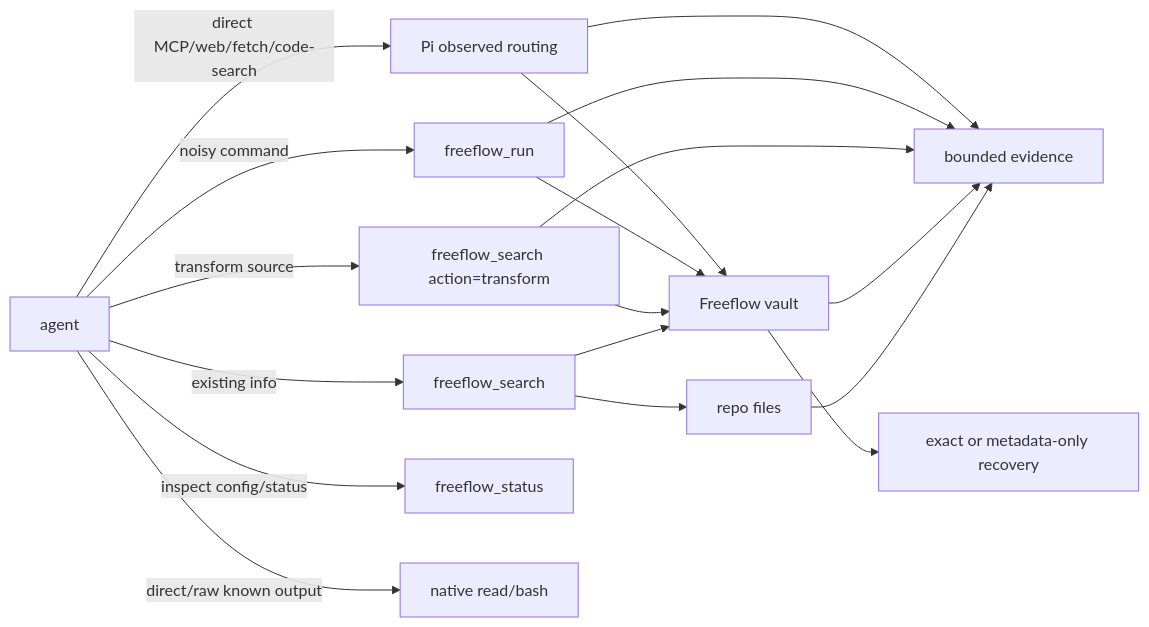
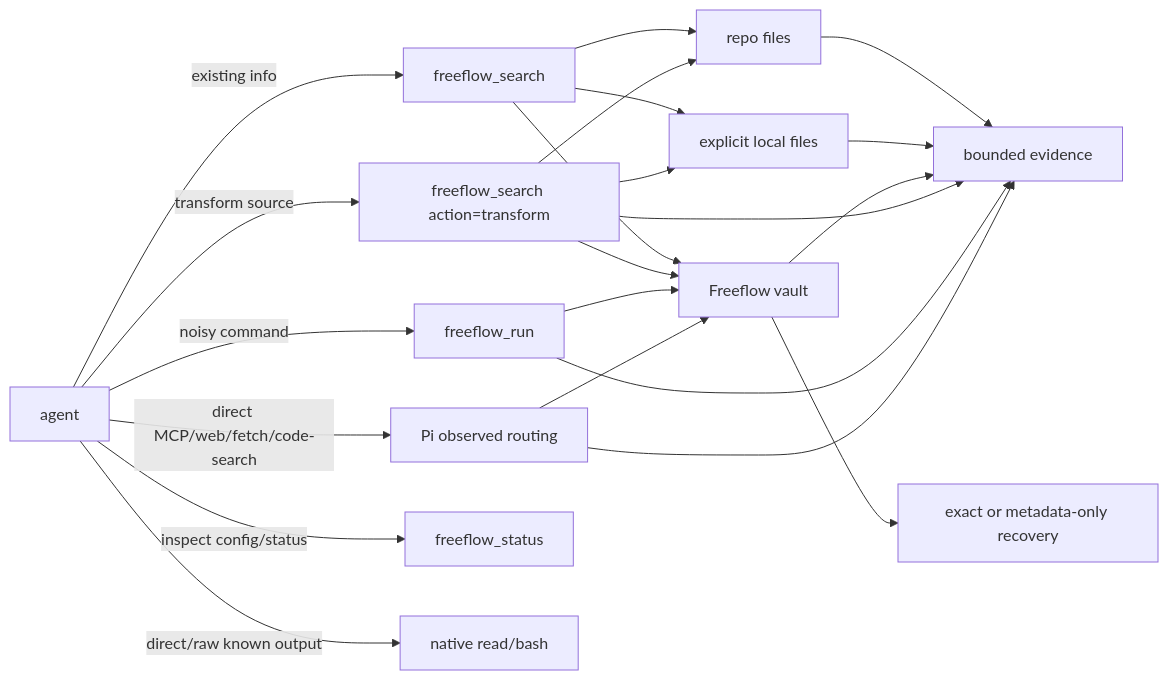
Before and after one commit to hassan-mohiddin/freeflow: the diagram in plugin-docs/output-router.md, drawn with Mermaid. The commit also changed other lines of this file and 30 other files, not shown here.

Commit message:
Add explicit local source routing

````diff
--- a/plugin-docs/output-router.md
+++ b/plugin-docs/output-router.md
@@ -35,30 +35,34 @@
 ```mermaid
 flowchart LR
   Agent[agent]
   Search[freeflow_search]
   Run[freeflow_run]
   Repo[repo files]
+  Local[explicit local files]
   Vault[Freeflow vault]
   Observed[Pi observed routing]
   Transform[freeflow_search action=transform]
   Status[freeflow_status]
   Native[native read/bash]
   Evidence[bounded evidence]
   Raw[exact or metadata-only recovery]
 
   Agent -->|existing info| Search
   Agent -->|noisy command| Run
   Agent -->|direct MCP/web/fetch/code-search| Observed
   Agent -->|transform source| Transform
   Agent -->|inspect config/status| Status
   Agent -->|direct/raw known output| Native
   Search --> Repo --> Evidence
+  Search --> Local --> Evidence
   Search --> Vault --> Evidence
+  Transform --> Repo
+  Transform --> Local
   Transform --> Vault
   Transform --> Evidence
   Run --> Vault
   Observed --> Vault
   Run --> Evidence
   Observed --> Evidence
   Vault --> Raw
 ```
````
